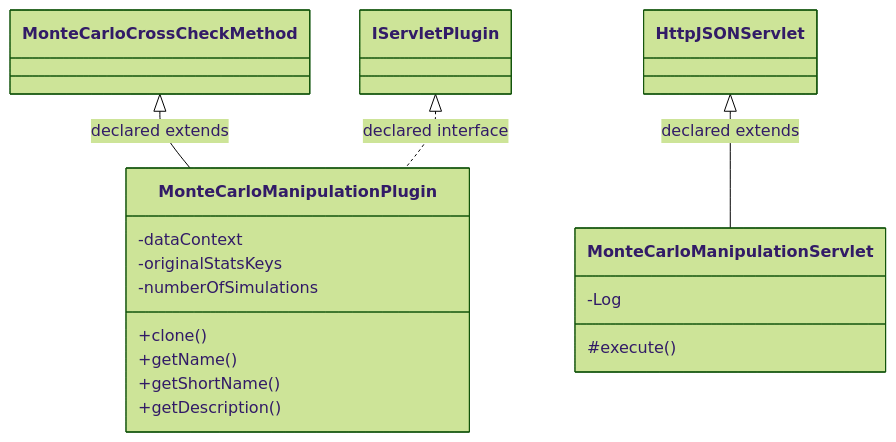
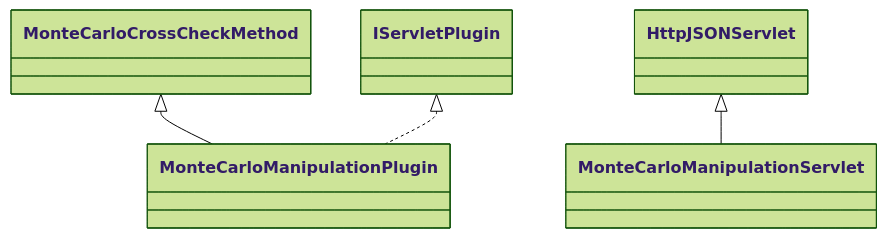
Before and after one commit to haruperi/HaruQuantAI: the diagram in docs/sqx/Shared/CrossCheckMonteCarloManipulation.md, drawn with Mermaid (forest theme). The commit also changed other lines of this file and 1688 other files, not shown here.

````diff
--- a/docs/sqx/Shared/CrossCheckMonteCarloManipulation.md
+++ b/docs/sqx/Shared/CrossCheckMonteCarloManipulation.md
@@ -30,22 +26,11 @@
 ```mermaid
 classDiagram
-    class C07dd0115681b["MonteCarloManipulationPlugin"] {
-        -dataContext
-        -originalStatsKeys
-        -numberOfSimulations
-        +clone()
-        +getName()
-        +getShortName()
-        +getDescription()
-    }
-    class C899ab5e59975["MonteCarloManipulationServlet"] {
-        -Log
-        #execute()
-    }
-    class C5b0583b7f4e7["MonteCarloCrossCheckMethod"]
-    class C249b5c671b1a["IServletPlugin"]
-    class C8900f90ae594["HttpJSONServlet"]
-    C5b0583b7f4e7 <|-- C07dd0115681b : declared extends
-    C249b5c671b1a <|.. C07dd0115681b : declared interface
-    C8900f90ae594 <|-- C899ab5e59975 : declared extends
+    class C0["MonteCarloManipulationPlugin"]
+    class C1["MonteCarloManipulationServlet"]
+    class E0["MonteCarloCrossCheckMethod"]
+    E0 <|-- C0
+    class E1["IServletPlugin"]
+    E1 <|.. C0
+    class E2["HttpJSONServlet"]
+    E2 <|-- C1
 ```
````
